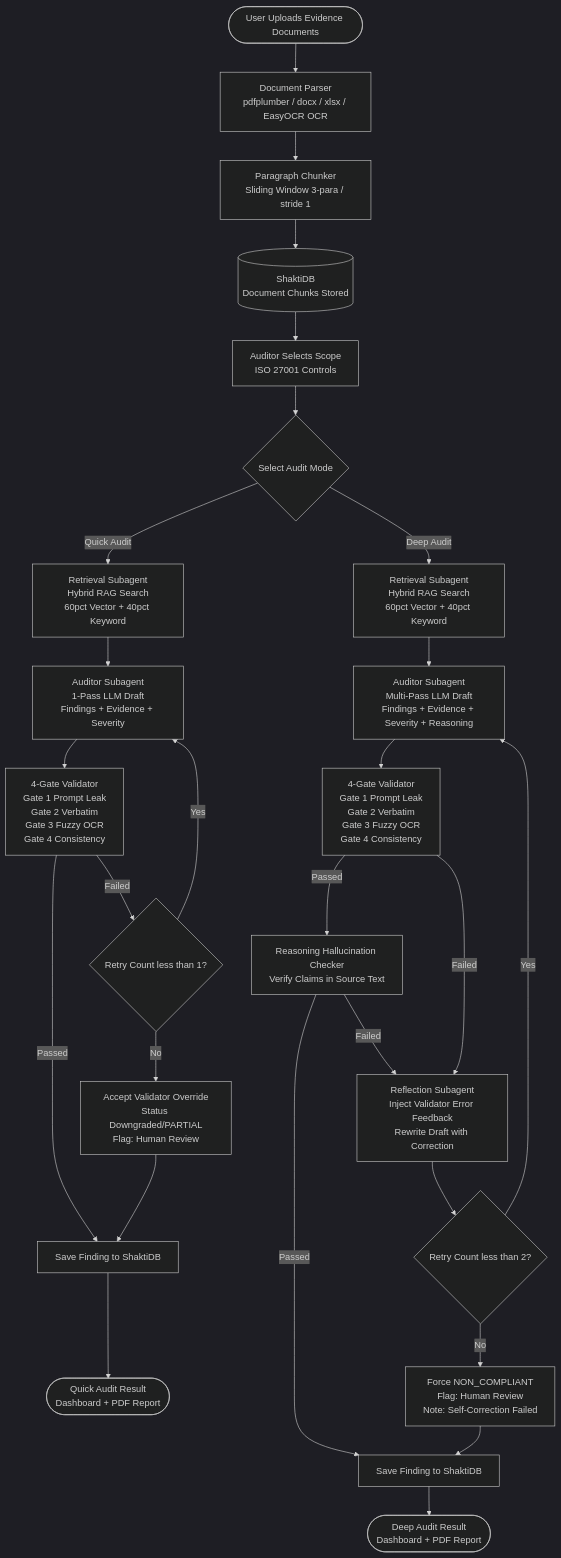
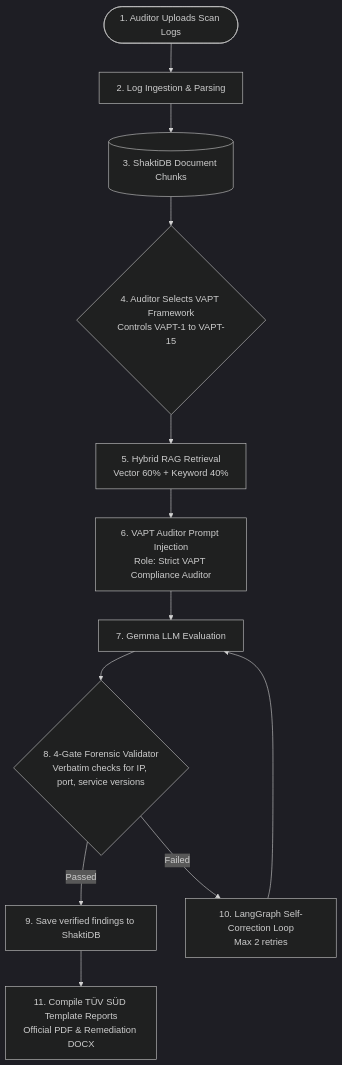
Before and after one commit to veeresh8088-star/Audit_Stp_Box: the fourth of 4 diagrams in FULL_PROJECT_EVALUATION.md, drawn with Mermaid (dark theme). The commit also changed other lines of this file and 5 other files, not shown here.

Commit message:
feat: integrate 13-page TÜV SÜD South Asia VAPT template exporter & chronological EVL report layout

````diff
--- a/FULL_PROJECT_EVALUATION.md
+++ b/FULL_PROJECT_EVALUATION.md
@@ -187,33 +238,19 @@
 ```mermaid
 graph TD
-    Upload([User Uploads Evidence Documents]) --> Parse[Document Parser\npdfplumber / docx / xlsx / EasyOCR OCR]
-    Parse --> Chunk[Paragraph Chunker\nSliding Window 3-para / stride 1]
-    Chunk --> DB[(ShaktiDB\nDocument Chunks Stored)]
-    DB --> Scope[Auditor Selects Scope\nISO 27001 Controls]
-    Scope --> ModeSelect{Select Audit Mode}
-
-    %% QUICK AUDIT PATH
-    ModeSelect -- Quick Audit --> Q1[Retrieval Subagent\nHybrid RAG Search\n60pct Vector + 40pct Keyword]
-    Q1 --> Q2[Auditor Subagent\n1-Pass LLM Draft\nFindings + Evidence + Severity]
-    Q2 --> Q3[4-Gate Validator\nGate 1 Prompt Leak\nGate 2 Verbatim\nGate 3 Fuzzy OCR\nGate 4 Consistency]
-    Q3 -- Passed --> Q4[Save Finding to ShaktiDB]
-    Q3 -- Failed --> Q5{Retry Count less than 1?}
-    Q5 -- Yes --> Q2
-    Q5 -- No --> Q6[Accept Validator Override\nStatus Downgraded/PARTIAL\nFlag: Human Review]
-    Q6 --> Q4
-    Q4 --> QEnd([Quick Audit Result\nDashboard + PDF Report])
-
-    %% DEEP AUDIT PATH
-    ModeSelect -- Deep Audit --> D1[Retrieval Subagent\nHybrid RAG Search\n60pct Vector + 40pct Keyword]
-    D1 --> D2[Auditor Subagent\nMulti-Pass LLM Draft\nFindings + Evidence + Severity + Reasoning]
-    D2 --> D3[4-Gate Validator\nGate 1 Prompt Leak\nGate 2 Verbatim\nGate 3 Fuzzy OCR\nGate 4 Consistency]
-    D3 -- Passed --> D4[Reasoning Hallucination Checker\nVerify Claims in Source Text]
-    D4 -- Passed --> D5[Save Finding to ShaktiDB]
-    D3 -- Failed --> D6[Reflection Subagent\nInject Validator Error Feedback\nRewrite Draft with Correction]
-    D4 -- Failed --> D6
-    D6 --> D7{Retry Count less than 2?}
-    D7 -- Yes --> D2
-    D7 -- No --> D8[Force NON_COMPLIANT\nFlag: Human Review\nNote: Self-Correction Failed]
-    D8 --> D5
-    D5 --> DEnd([Deep Audit Result\nDashboard + PDF Report])
+    Upload([1. Auditor Uploads Scan Logs]) --> Ingest[2. Log Ingestion & Parsing]
+    Ingest --> DB[(3. ShaktiDB Document Chunks)]
+    
+    DB --> Scope{4. Auditor Selects VAPT Framework<br/>Controls VAPT-1 to VAPT-15}
+    Scope --> Retrieve[5. Hybrid RAG Retrieval<br/>Vector 60% + Keyword 40%]
+    
+    Retrieve --> Prompt[6. VAPT Auditor Prompt Injection<br/>Role: Strict VAPT Compliance Auditor]
+    Prompt --> LLM[7. Gemma LLM Evaluation]
+    
+    LLM --> Validator{8. 4-Gate Forensic Validator<br/>Verbatim checks for IP, port, service versions}
+    
+    Validator -- Passed --> Save[9. Save verified findings to ShaktiDB]
+    Validator -- Failed --> Reflect[10. LangGraph Self-Correction Loop<br/>Max 2 retries]
+    Reflect --> LLM
+    
+    Save --> Export[11. Compile TÜV SÜD Template Reports<br/>Official PDF & Remediation DOCX]
 ```
````
